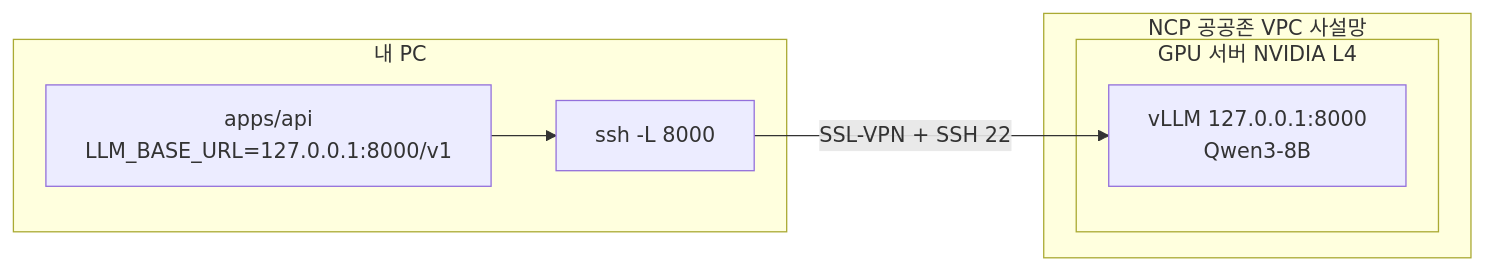
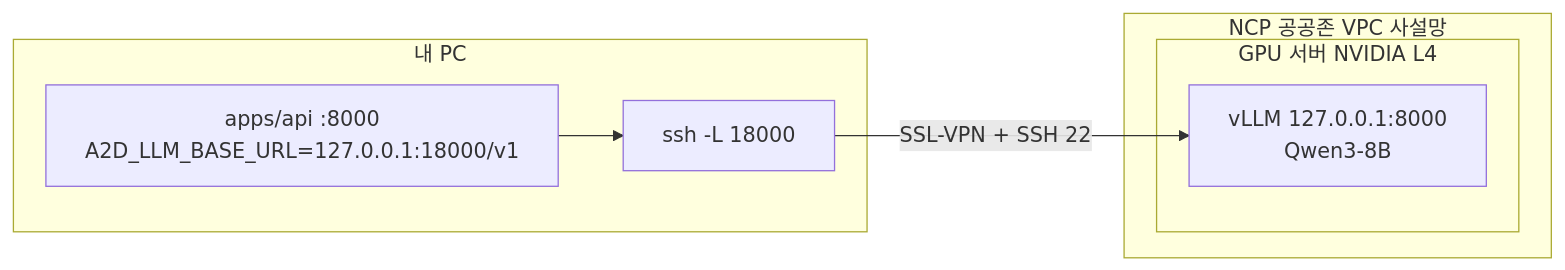
The diagram in model/README.md (unexpected-hackathon/A2D), drawn with Mermaid before and after one commit. The commit also changed other lines of this file and 6 other files, not shown here.

First line of the commit message:
fix(model): main에 들어온 apps/api와 LLM 연결 설정 맞추기

````diff
--- a/model/README.md
+++ b/model/README.md
@@ -24,14 +24,14 @@
 ```mermaid
 flowchart LR
   subgraph PC[내 PC]
-    API[apps/api<br/>LLM_BASE_URL=127.0.0.1:8000/v1]
-    T[ssh -L 8000]
+    API[apps/api :8000<br/>A2D_LLM_BASE_URL=127.0.0.1:18000/v1]
+    T[ssh -L 18000]
   end
   subgraph VPC[NCP 공공존 VPC 사설망]
     subgraph GPU[GPU 서버 NVIDIA L4]
       V[vLLM 127.0.0.1:8000<br/>Qwen3-8B]
     end
   end
   API --> T
   T -- SSL-VPN + SSH 22 --> V
 ```
````
